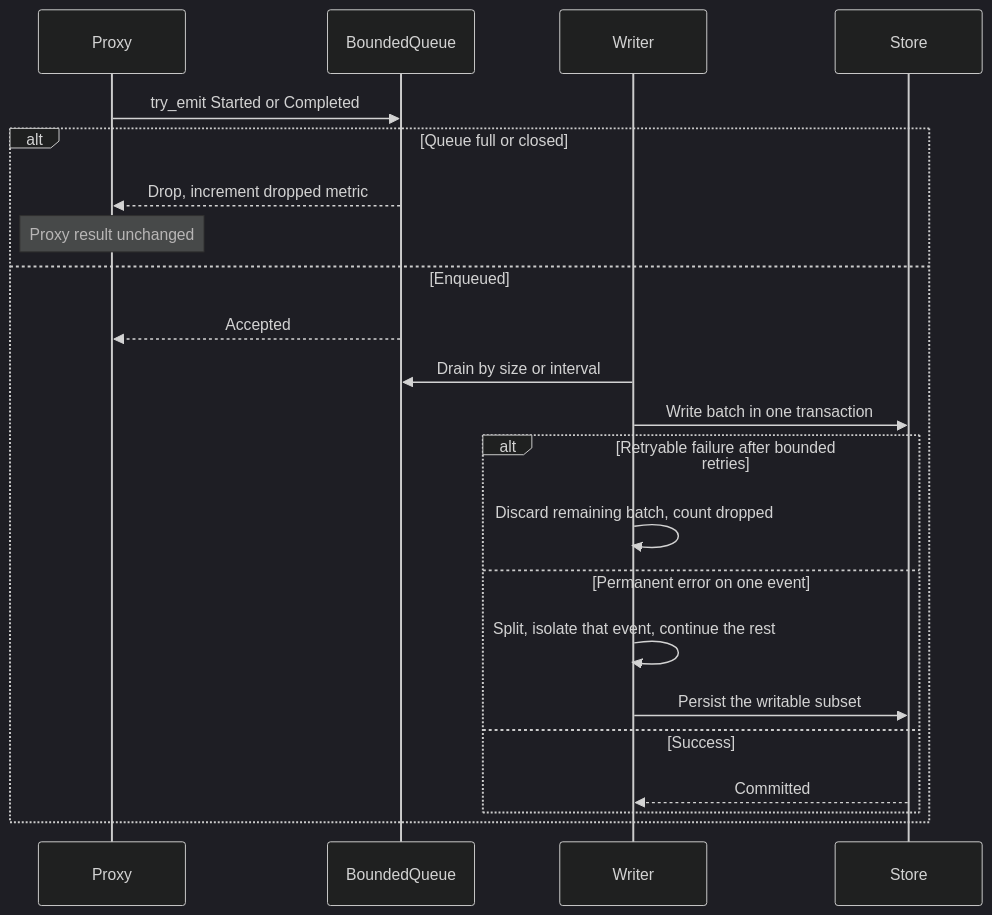
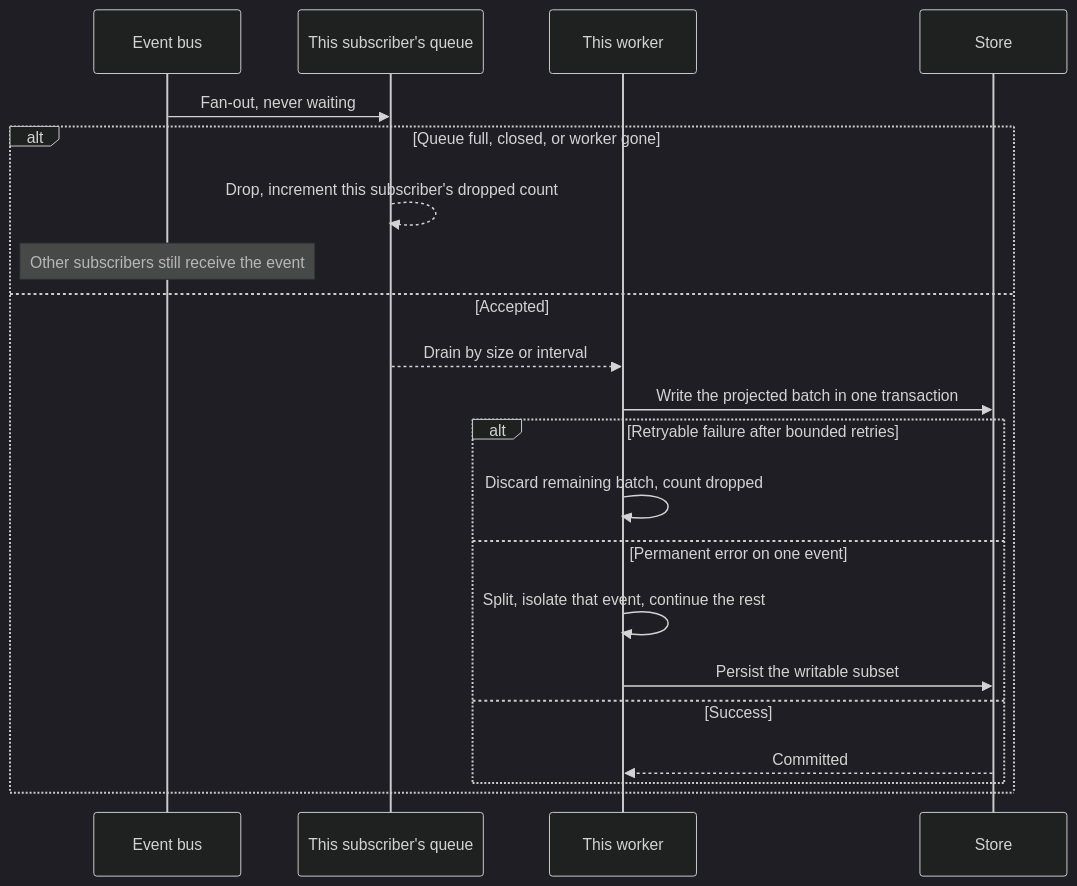
Before and after one commit to sequencestream/tokenstream: the diagram in doc/modules/logging.md, drawn with Mermaid (dark theme). The commit also changed other lines of this file and 20 other files, not shown here.

````diff
--- a/doc/modules/logging.md
+++ b/doc/modules/logging.md
@@ -21,25 +35,24 @@
 ```mermaid
 sequenceDiagram
-    participant Px as Proxy
-    participant Q as BoundedQueue
-    participant W as Writer
+    participant B as Event bus
+    participant Q as This subscriber's queue
+    participant W as This worker
     participant Store as Store
 
-    Px->>Q: try_emit Started or Completed
-    alt Queue full or closed
-        Q-->>Px: Drop, increment dropped metric
-        Note over Px: Proxy result unchanged
-    else Enqueued
-        Q-->>Px: Accepted
-        W->>Q: Drain by size or interval
-        W->>Store: Write batch in one transaction
+    B->>Q: Fan-out, never waiting
+    alt Queue full, closed, or worker gone
+        Q-->>Q: Drop, increment this subscriber's dropped count
+        Note over B: Other subscribers still receive the event
+    else Accepted
+        Q-->>W: Drain by size or interval
+        W->>Store: Write the projected batch in one transaction
         alt Retryable failure after bounded retries
             W->>W: Discard remaining batch, count dropped
         else Permanent error on one event
             W->>W: Split, isolate that event, continue the rest
             W->>Store: Persist the writable subset
         else Success
             Store-->>W: Committed
         end
     end
 ```
````
